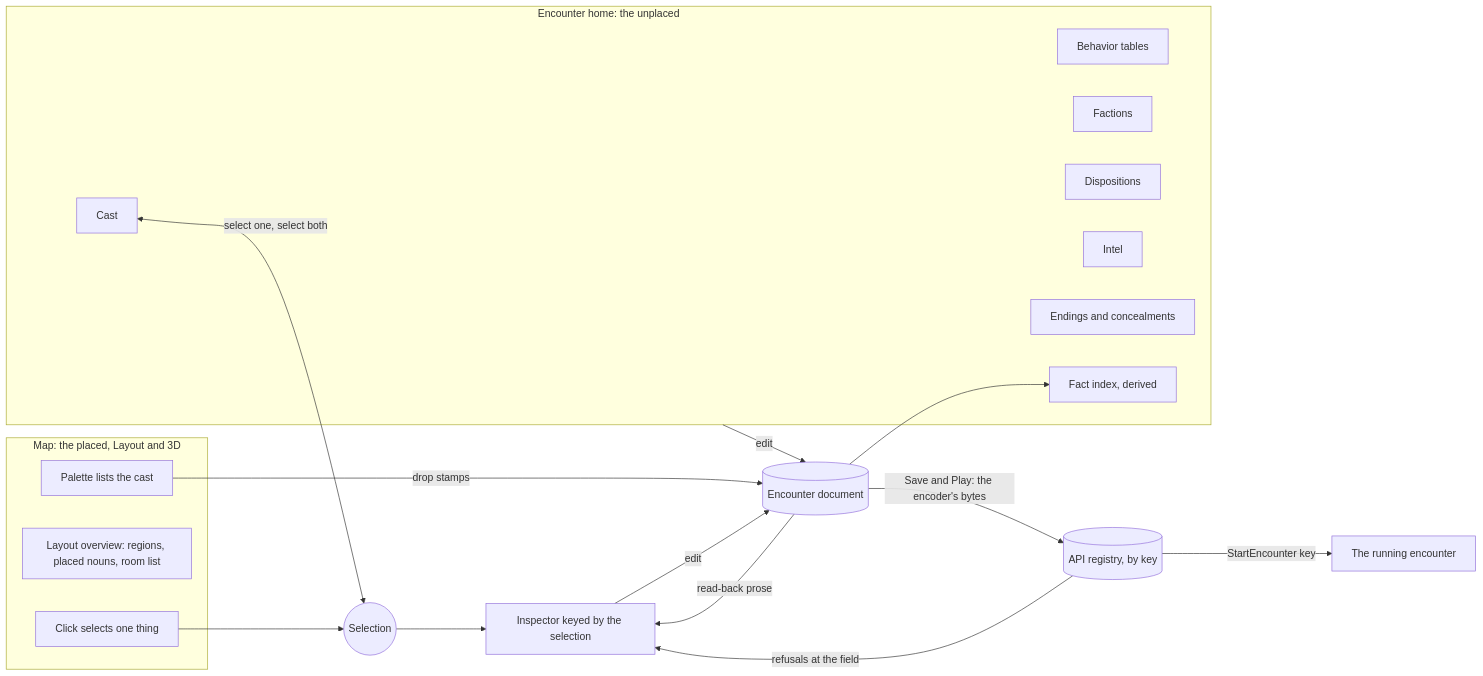
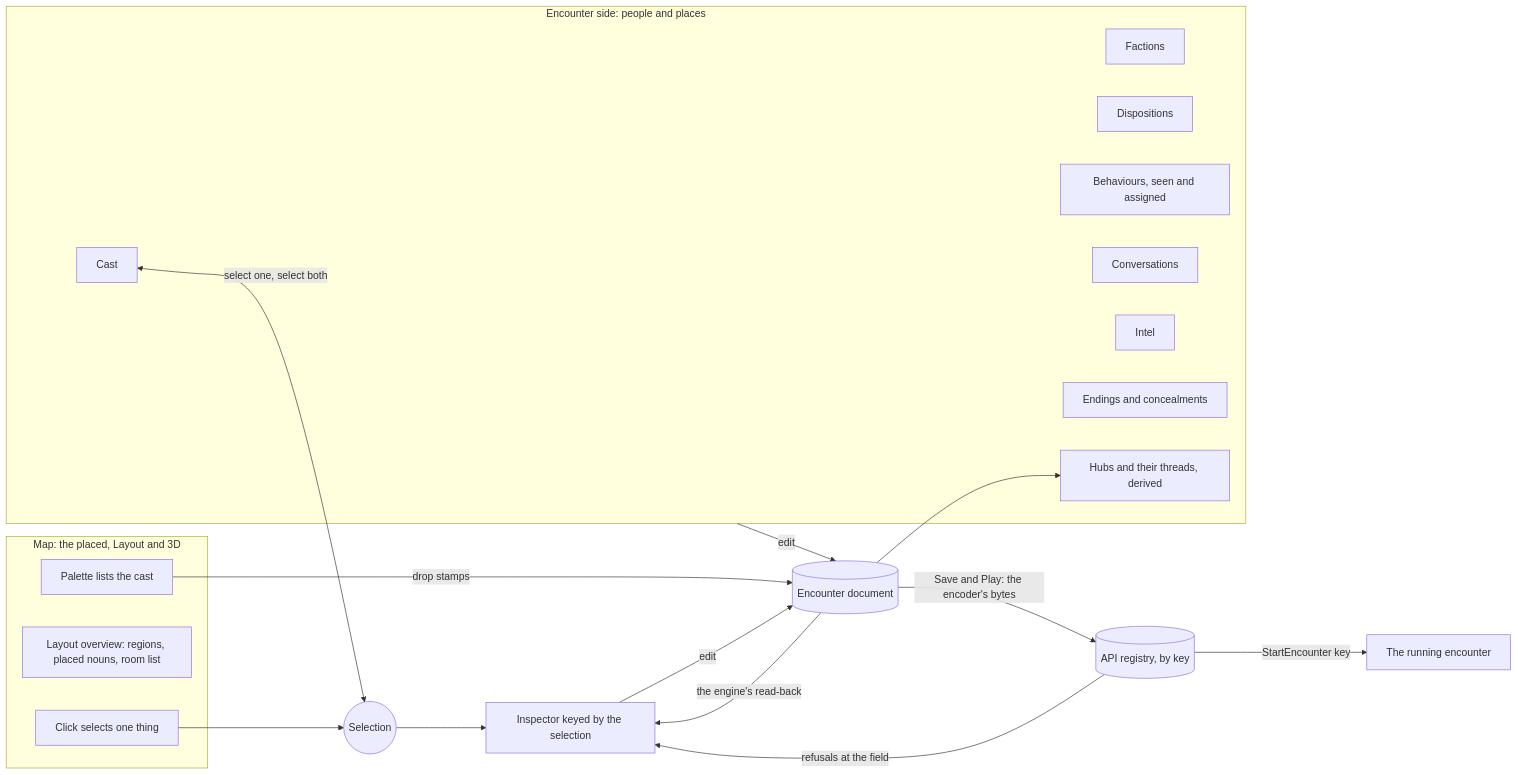
The first of 5 diagrams in ideas/encounter-studio/design.md (KirkDiggler/rpg-project), drawn with Mermaid before and after one commit. The commit also changed other lines of this file and 3 other files, not shown here.

First line of the commit message:
design(encounter-studio): places, ways and the engine's read-back (#976)

````diff
--- a/ideas/encounter-studio/design.md
+++ b/ideas/encounter-studio/design.md
@@ -16,32 +18,33 @@
 ```mermaid
 flowchart LR
-    subgraph Home[Encounter home: the unplaced]
+    subgraph Home[Encounter side: people and places]
         Cast[Cast]
-        Tables[Behavior tables]
         Factions[Factions]
         Disp[Dispositions]
+        Beh[Behaviours, seen and assigned]
+        Conv[Conversations]
         Intel[Intel]
         Endings[Endings and concealments]
-        Facts[Fact index, derived]
+        Threads[Hubs and their threads, derived]
     end
     subgraph Map[Map: the placed, Layout and 3D]
         Palette[Palette lists the cast]
         Overview[Layout overview: regions, placed nouns, room list]
         Pick[Click selects one thing]
     end
     Sel((Selection))
     Insp[Inspector keyed by the selection]
     Doc[(Encounter document)]
 
     Cast <-->|select one, select both| Sel
     Pick --> Sel
     Sel --> Insp
     Palette -->|drop stamps| Doc
     Insp -->|edit| Doc
     Home -->|edit| Doc
-    Doc -->|read-back prose| Insp
-    Doc --> Facts
+    Doc -->|the engine's read-back| Insp
+    Doc --> Threads
     Doc -->|Save and Play: the encoder's bytes| Reg[(API registry, by key)]
     Reg -->|refusals at the field| Insp
     Reg -->|StartEncounter key| Play[The running encounter]
 ```
````
